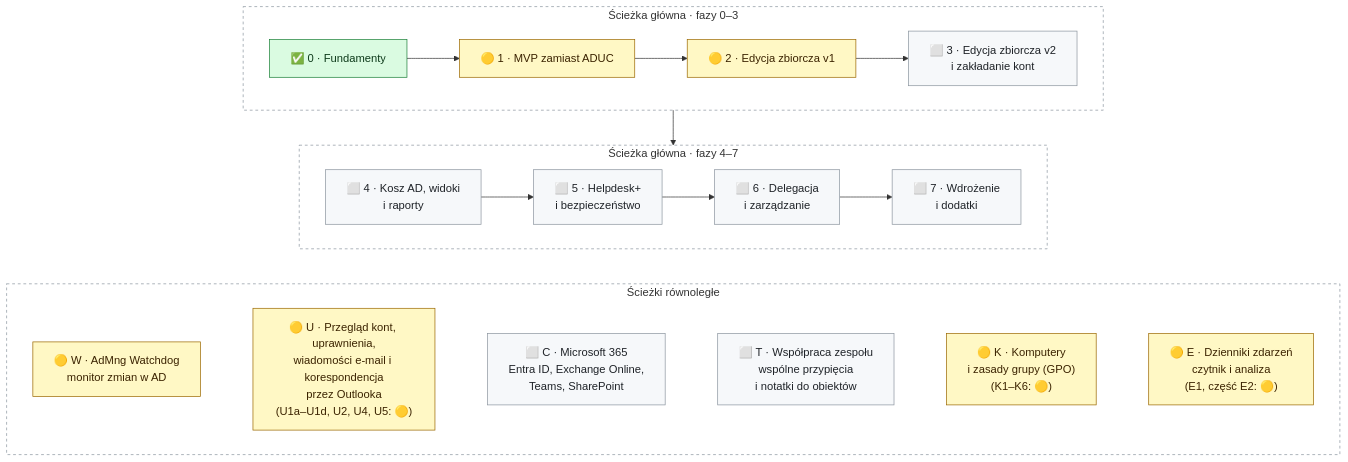
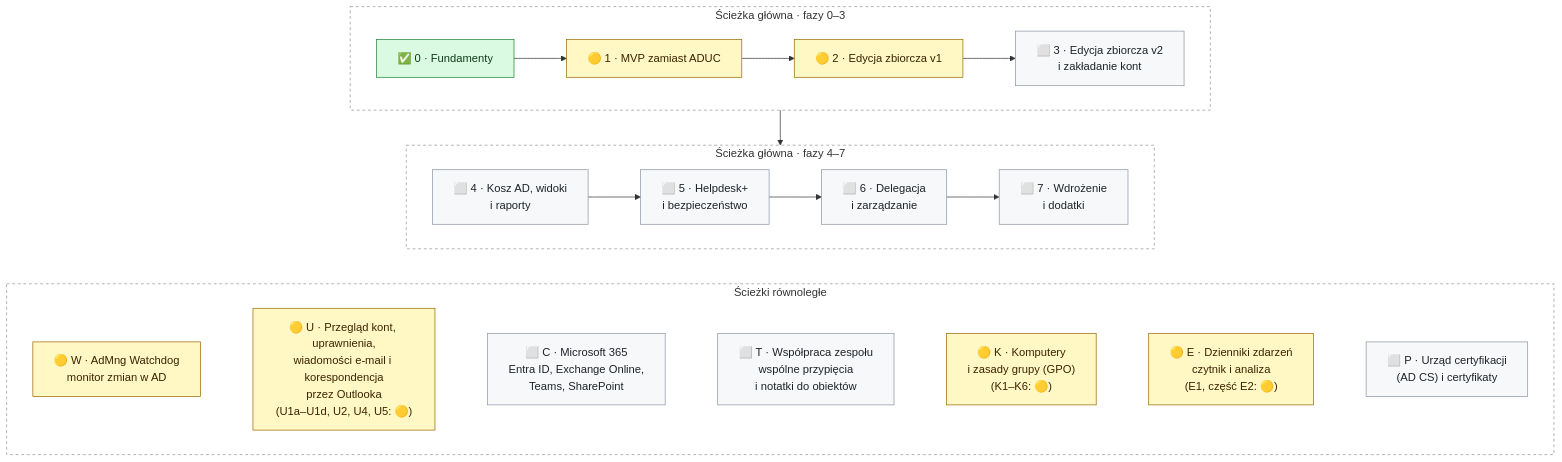
One commit to DarienRahl/AD_MNG changed the diagram in README.md. Above: the diagram before and after it, drawn with Mermaid. The commit also changed other lines of this file and 1 other file, not shown here.

First line of the commit message:
Roadmap: track P – certification authority (AD CS) and certificates

````diff
--- a/README.md
+++ b/README.md
@@ -187,26 +187,26 @@
 ```mermaid
 flowchart TB
     subgraph A["Ścieżka główna · fazy 0–3"]
         direction LR
         F0["✅ 0 · Fundamenty"] --> F1["🟡 1 · MVP zamiast ADUC"] --> F2["🟡 2 · Edycja zbiorcza v1"] --> F3["⬜ 3 · Edycja zbiorcza v2<br/>i zakładanie kont"]
     end
     subgraph B["Ścieżka główna · fazy 4–7"]
         direction LR
         F4["⬜ 4 · Kosz AD, widoki<br/>i raporty"] --> F5["⬜ 5 · Helpdesk+<br/>i bezpieczeństwo"] --> F6["⬜ 6 · Delegacja<br/>i zarządzanie"] --> F7["⬜ 7 · Wdrożenie<br/>i dodatki"]
     end
     subgraph C["Ścieżki równoległe"]
         direction LR
-        W["🟡 W · AdMng Watchdog<br/>monitor zmian w AD"] ~~~ U["🟡 U · Przegląd kont, uprawnienia,<br/>wiadomości e-mail i korespondencja<br/>przez Outlooka<br/>(U1a–U1d, U2, U4, U5: 🟡)"] ~~~ M365["⬜ C · Microsoft 365<br/>Entra ID, Exchange Online,<br/>Teams, SharePoint"] ~~~ TEAM["⬜ T · Współpraca zespołu<br/>wspólne przypięcia<br/>i notatki do obiektów"] ~~~ K["🟡 K · Komputery<br/>i zasady grupy (GPO)<br/>(K1–K6: 🟡)"] ~~~ EVT["🟡 E · Dzienniki zdarzeń<br/>czytnik i analiza<br/>(E1, część E2: 🟡)"]
+        W["🟡 W · AdMng Watchdog<br/>monitor zmian w AD"] ~~~ U["🟡 U · Przegląd kont, uprawnienia,<br/>wiadomości e-mail i korespondencja<br/>przez Outlooka<br/>(U1a–U1d, U2, U4, U5: 🟡)"] ~~~ M365["⬜ C · Microsoft 365<br/>Entra ID, Exchange Online,<br/>Teams, SharePoint"] ~~~ TEAM["⬜ T · Współpraca zespołu<br/>wspólne przypięcia<br/>i notatki do obiektów"] ~~~ K["🟡 K · Komputery<br/>i zasady grupy (GPO)<br/>(K1–K6: 🟡)"] ~~~ EVT["🟡 E · Dzienniki zdarzeń<br/>czytnik i analiza<br/>(E1, część E2: 🟡)"] ~~~ PKI["⬜ P · Urząd certyfikacji<br/>(AD CS) i certyfikaty"]
     end
     A --> B
     B ~~~ C
     classDef done fill:#dafbe1,stroke:#1a7f37,color:#0d3a1a
     classDef wip fill:#fff8c5,stroke:#9a6700,color:#3b2300
     classDef todo fill:#f6f8fa,stroke:#8c959f,color:#1f2328
     class F0 done
     class F1,F2,W,U,K,EVT wip
-    class F3,F4,F5,F6,F7,M365,TEAM todo
+    class F3,F4,F5,F6,F7,M365,TEAM,PKI todo
     style A fill:transparent,stroke:#8c959f,stroke-dasharray:4 4
     style B fill:transparent,stroke:#8c959f,stroke-dasharray:4 4
     style C fill:transparent,stroke:#8c959f,stroke-dasharray:4 4
 ```
````
